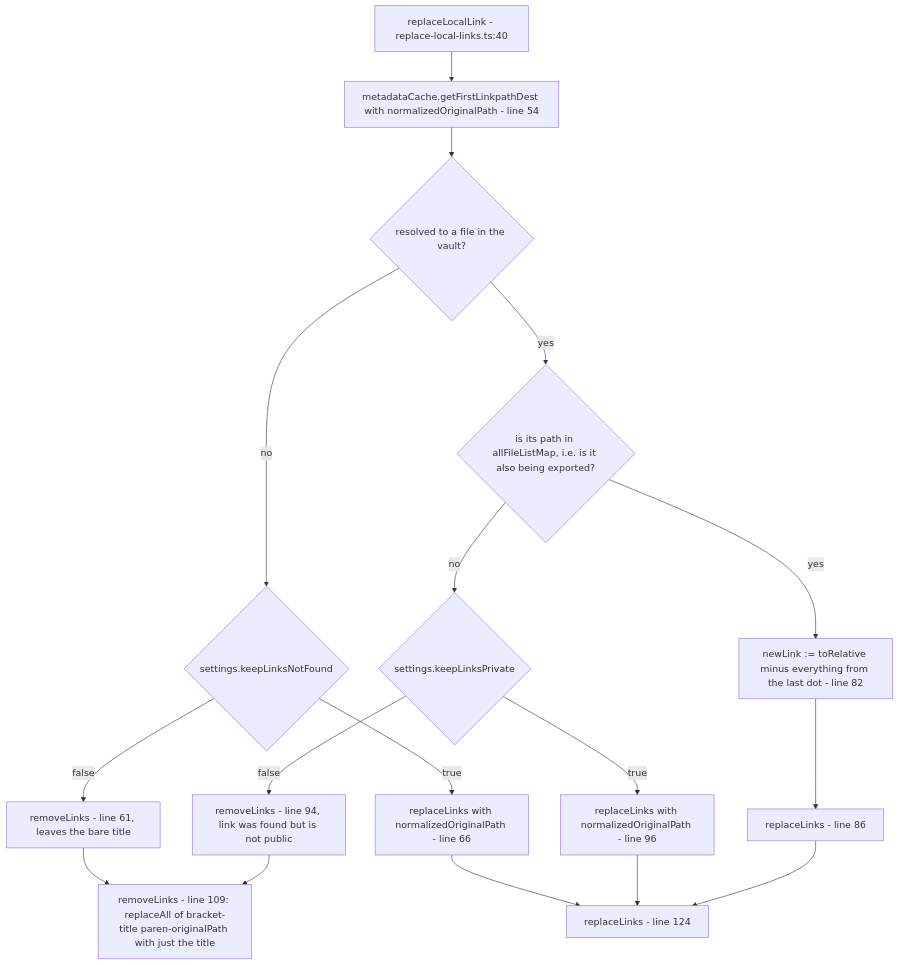
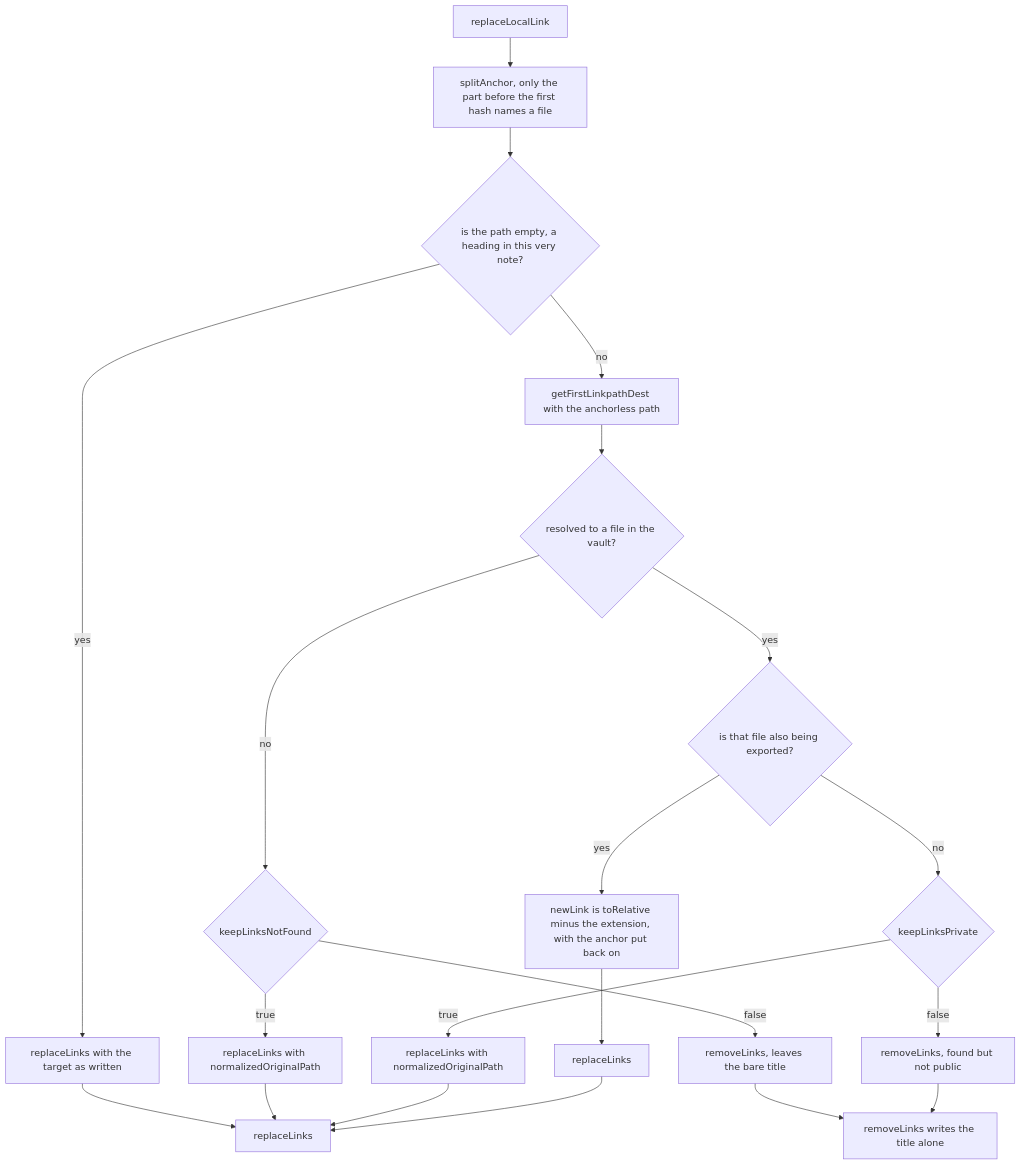
One commit to symunona/obsidian-bulk-exporter changed the seventh of 11 diagrams in docs/link-pipeline.md. Above: the diagram before and after it, drawn with Mermaid. The commit also changed other lines of this file, not shown here.

First line of the commit message:
docs: portable mermaid, and match the code as fixed

````diff
--- a/docs/link-pipeline.md
+++ b/docs/link-pipeline.md
@@ -205,26 +337,24 @@
 ```mermaid
-flowchart TD
-    IN["replaceLocalLink - replace-local-links.ts:40"]
-    IN --> RES["metadataCache.getFirstLinkpathDest with normalizedOriginalPath - line 54"]
-    RES --> FOUND{"resolved to a file in the vault?"}
-
-    FOUND -- no --> KLNF{"settings.keepLinksNotFound"}
-    KLNF -- false --> RM1["removeLinks - line 61, leaves the bare title"]
-    KLNF -- true --> KEEP1["replaceLinks with normalizedOriginalPath - line 66"]
-
-    FOUND -- yes --> INMAP{"is its path in allFileListMap, i.e. is it also being exported?"}
-    INMAP -- yes --> NEW["newLink := toRelative minus everything from the last dot - line 82"]
-    NEW --> RL["replaceLinks - line 86"]
-    INMAP -- no --> KLP{"settings.keepLinksPrivate"}
-    KLP -- false --> RM2["removeLinks - line 94, link was found but is not public"]
-    KLP -- true --> KEEP2["replaceLinks with normalizedOriginalPath - line 96"]
-
-    RM1 --> RMF
+graph TD
+    IN[replaceLocalLink]
+    IN --> SPL[splitAnchor, only the part before the first hash names a file]
+    SPL --> SELF{is the path empty, a heading in this very note?}
+    SELF -- yes --> KSELF[replaceLinks with the target as written]
+    SELF -- no --> RES[getFirstLinkpathDest with the anchorless path]
+    RES --> FOUND{resolved to a file in the vault?}
+    FOUND -- no --> KLNF{keepLinksNotFound}
+    KLNF -- false --> RM1[removeLinks, leaves the bare title]
+    KLNF -- true --> KEEP1[replaceLinks with normalizedOriginalPath]
+    FOUND -- yes --> INMAP{is that file also being exported?}
+    INMAP -- yes --> NEW[newLink is toRelative minus the extension, with the anchor put back on]
+    NEW --> RL[replaceLinks]
+    INMAP -- no --> KLP{keepLinksPrivate}
+    KLP -- false --> RM2[removeLinks, found but not public]
+    KLP -- true --> KEEP2[replaceLinks with normalizedOriginalPath]
+    RM1 --> RMF[removeLinks writes the title alone]
     RM2 --> RMF
-    RMF["removeLinks - line 109: replaceAll of bracket-title paren-originalPath with just the title"]
-
+    KSELF --> RLF[replaceLinks]
     KEEP1 --> RLF
     KEEP2 --> RLF
     RL --> RLF
-    RLF["replaceLinks - line 124"]
 ```
````
